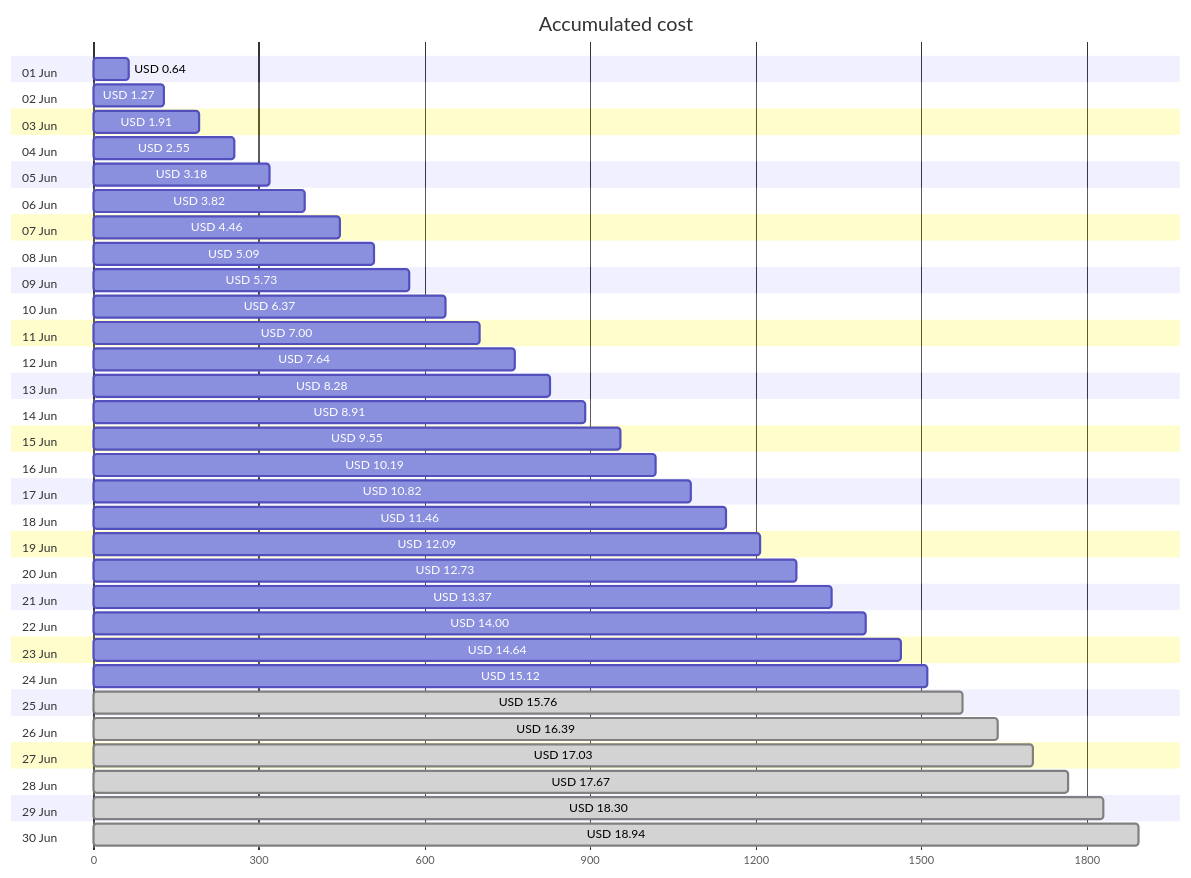
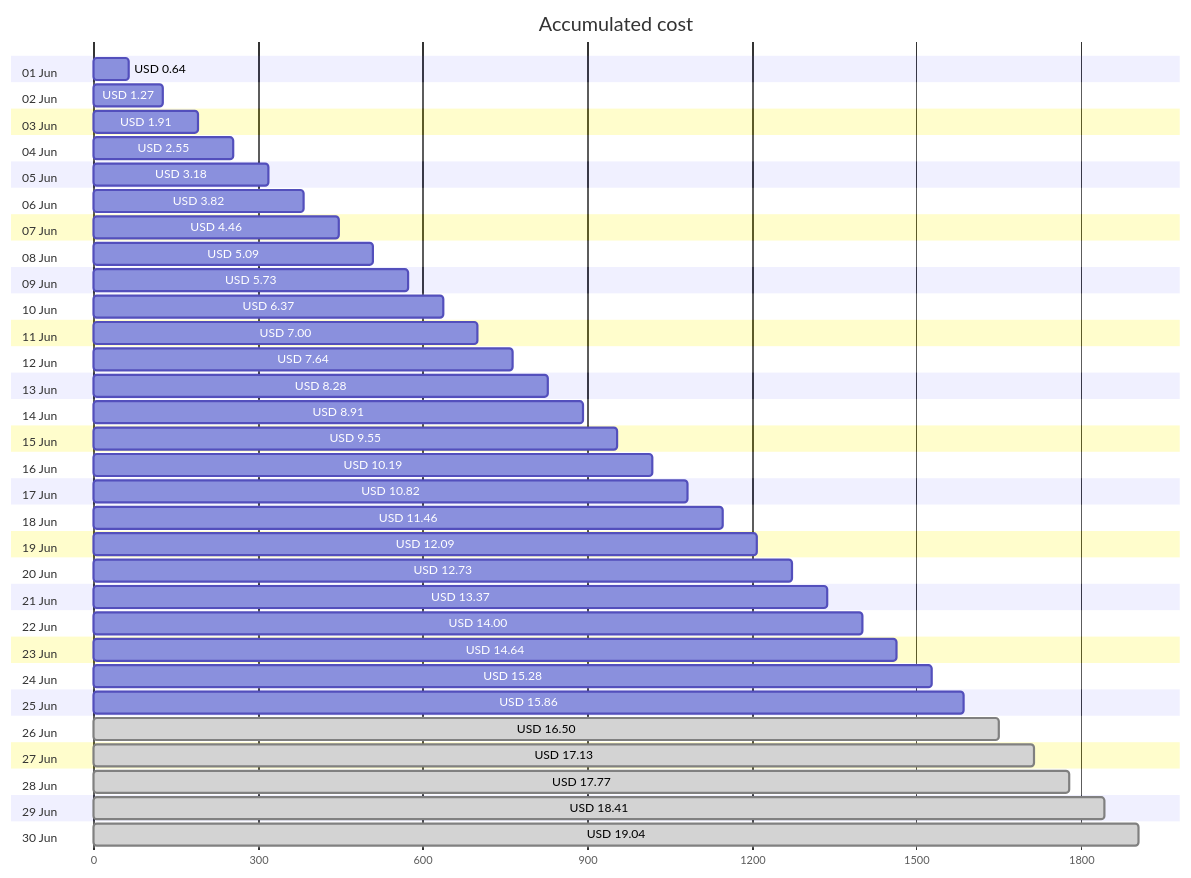
One commit to jpfulton/azure-personal-reports changed the first of 4 diagrams in cost-reports/accumulated-cost.md. Above: the diagram before and after it, drawn with Mermaid. The commit also changed other lines of this file and 4 other files, not shown here.

````diff
--- a/cost-reports/accumulated-cost.md
+++ b/cost-reports/accumulated-cost.md
@@ -20,66 +20,66 @@
 ```mermaid
 gantt
    title Accumulated cost
    dateFormat  X
    axisFormat %s
    section 01 Jun
    USD 0.64 :0, 64
    section 02 Jun
    USD 1.27 :0, 127
    section 03 Jun
    USD 1.91 :0, 191
    section 04 Jun
    USD 2.55 :0, 255
    section 05 Jun
    USD 3.18 :0, 318
    section 06 Jun
    USD 3.82 :0, 382
    section 07 Jun
    USD 4.46 :0, 446
    section 08 Jun
    USD 5.09 :0, 509
    section 09 Jun
    USD 5.73 :0, 573
    section 10 Jun
    USD 6.37 :0, 637
    section 11 Jun
    USD 7.00 :0, 700
    section 12 Jun
    USD 7.64 :0, 764
    section 13 Jun
    USD 8.28 :0, 828
    section 14 Jun
    USD 8.91 :0, 891
    section 15 Jun
    USD 9.55 :0, 955
    section 16 Jun
    USD 10.19 :0, 1019
    section 17 Jun
    USD 10.82 :0, 1082
    section 18 Jun
    USD 11.46 :0, 1146
    section 19 Jun
    USD 12.09 :0, 1209
    section 20 Jun
    USD 12.73 :0, 1273
    section 21 Jun
    USD 13.37 :0, 1337
    section 22 Jun
    USD 14.00 :0, 1400
    section 23 Jun
    USD 14.64 :0, 1464
    section 24 Jun
-   USD 15.12 :0, 1512
+   USD 15.28 :0, 1528
    section 25 Jun
-   USD 15.76 : done, 0, 1576
+   USD 15.86 :0, 1586
    section 26 Jun
-   USD 16.39 : done, 0, 1639
+   USD 16.50 : done, 0, 1650
    section 27 Jun
-   USD 17.03 : done, 0, 1703
+   USD 17.13 : done, 0, 1713
    section 28 Jun
-   USD 17.67 : done, 0, 1767
+   USD 17.77 : done, 0, 1777
    section 29 Jun
-   USD 18.30 : done, 0, 1830
+   USD 18.41 : done, 0, 1841
    section 30 Jun
-   USD 18.94 : done, 0, 1894
+   USD 19.04 : done, 0, 1904
 ```
````
